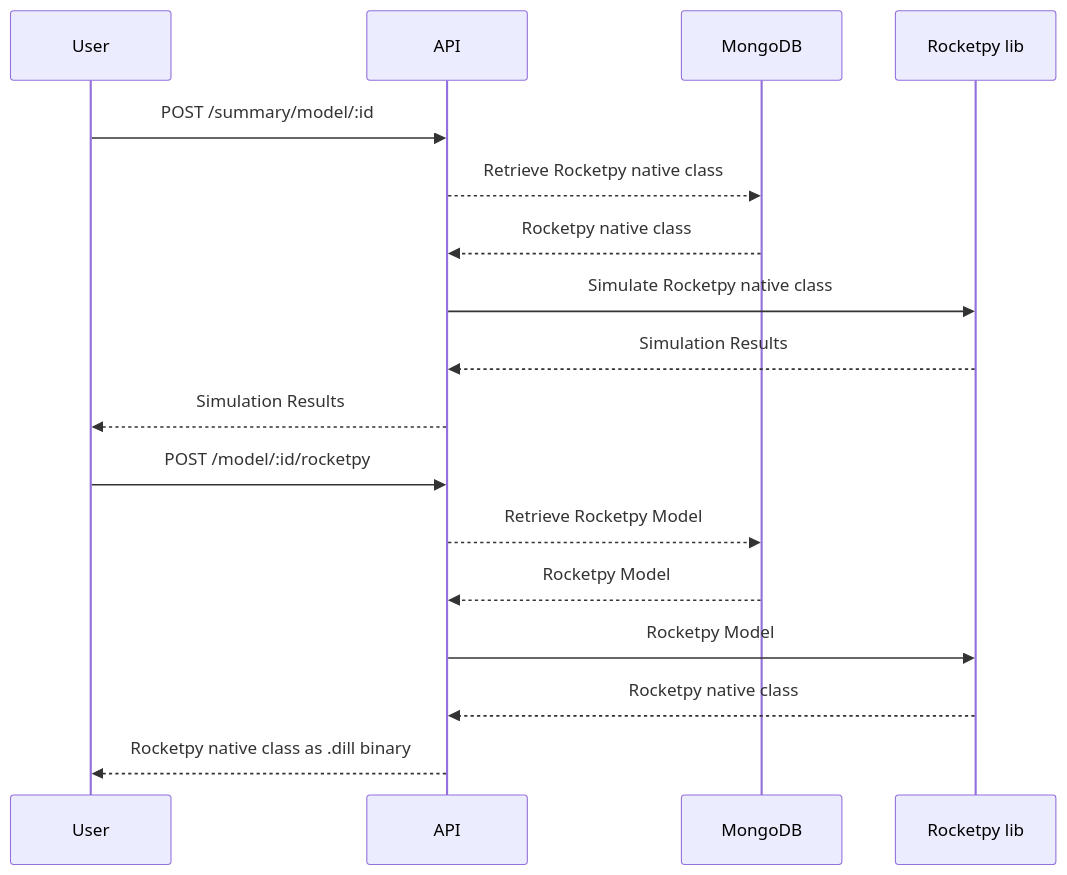
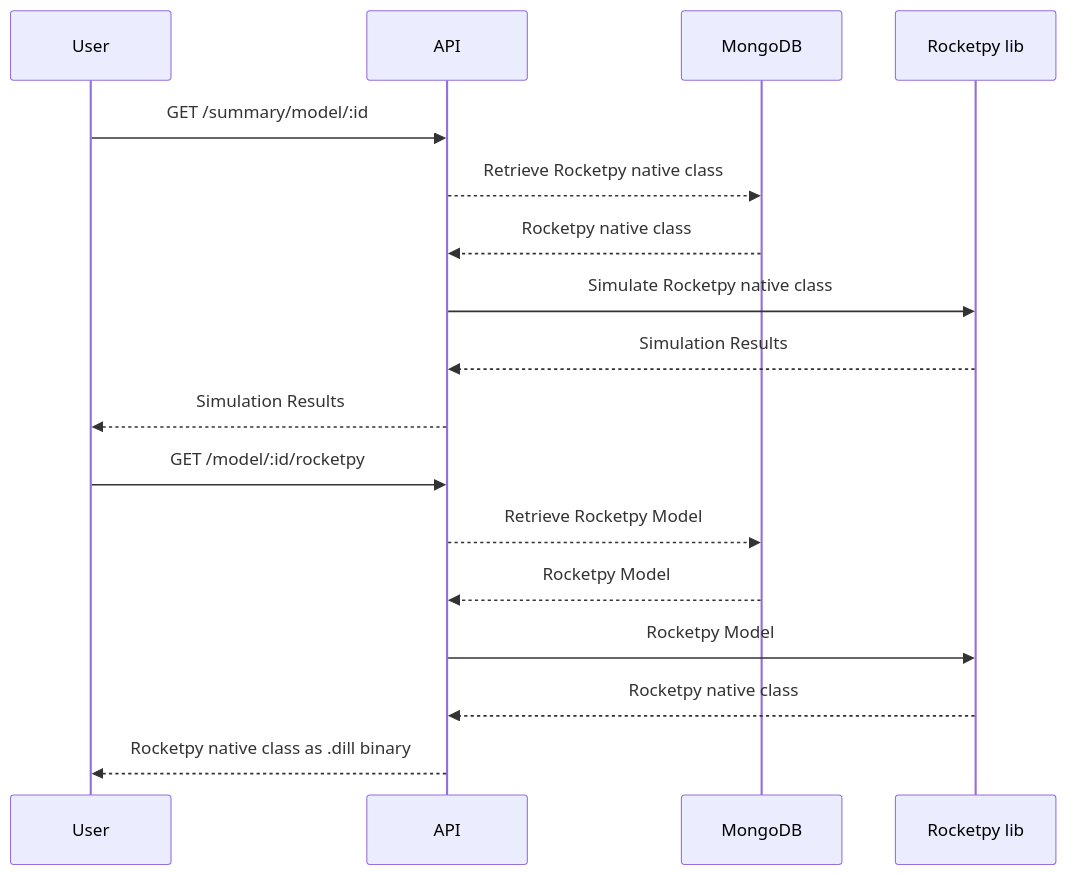
One commit to RocketPy-Team/Infinity-API changed the second of 2 diagrams in README.md. Above: the diagram before and after it, drawn with Mermaid.

Commit message:
addresses PR review

````diff
--- a/README.md
+++ b/README.md
@@ -157,21 +157,21 @@
 ```mermaid
 sequenceDiagram
     participant User
     participant API
     participant MongoDB
     participant Rocketpy lib
 
-    User ->> API: POST /summary/model/:id
+    User ->> API: GET /summary/model/:id
     API -->> MongoDB: Retrieve Rocketpy native class
     MongoDB -->> API: Rocketpy native class
     API ->> Rocketpy lib: Simulate Rocketpy native class
     Rocketpy lib -->> API:  Simulation Results
     API -->> User: Simulation Results
 
-    User ->> API: POST /model/:id/rocketpy
+    User ->> API: GET /model/:id/rocketpy
     API -->> MongoDB: Retrieve Rocketpy Model
     MongoDB -->> API: Rocketpy Model
     API ->> Rocketpy lib: Rocketpy Model
     Rocketpy lib -->> API:  Rocketpy native class
     API -->> User: Rocketpy native class as .dill binary
 ```
````
